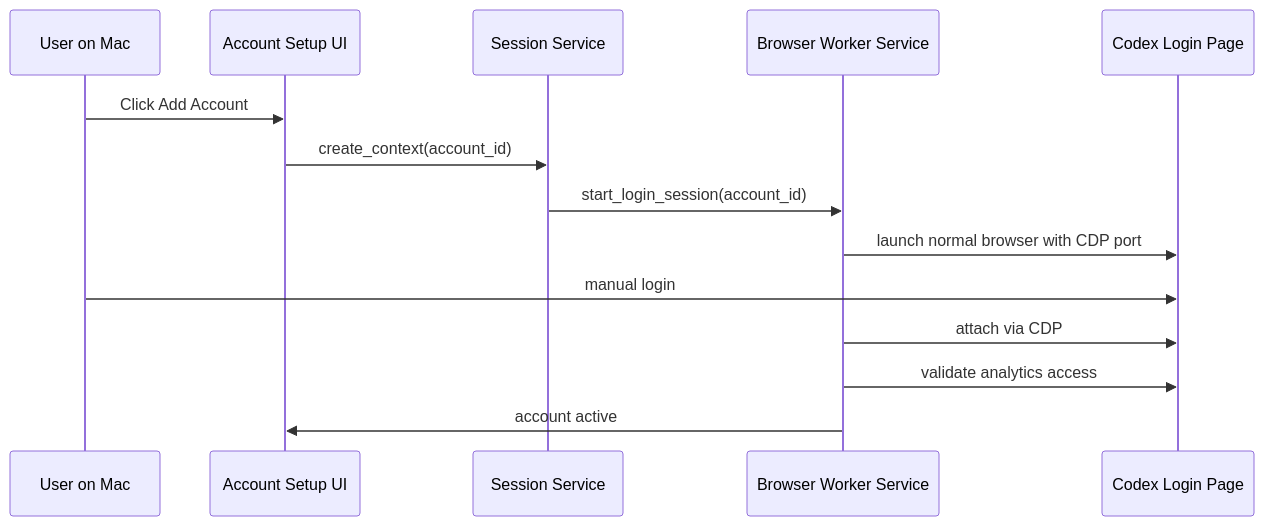
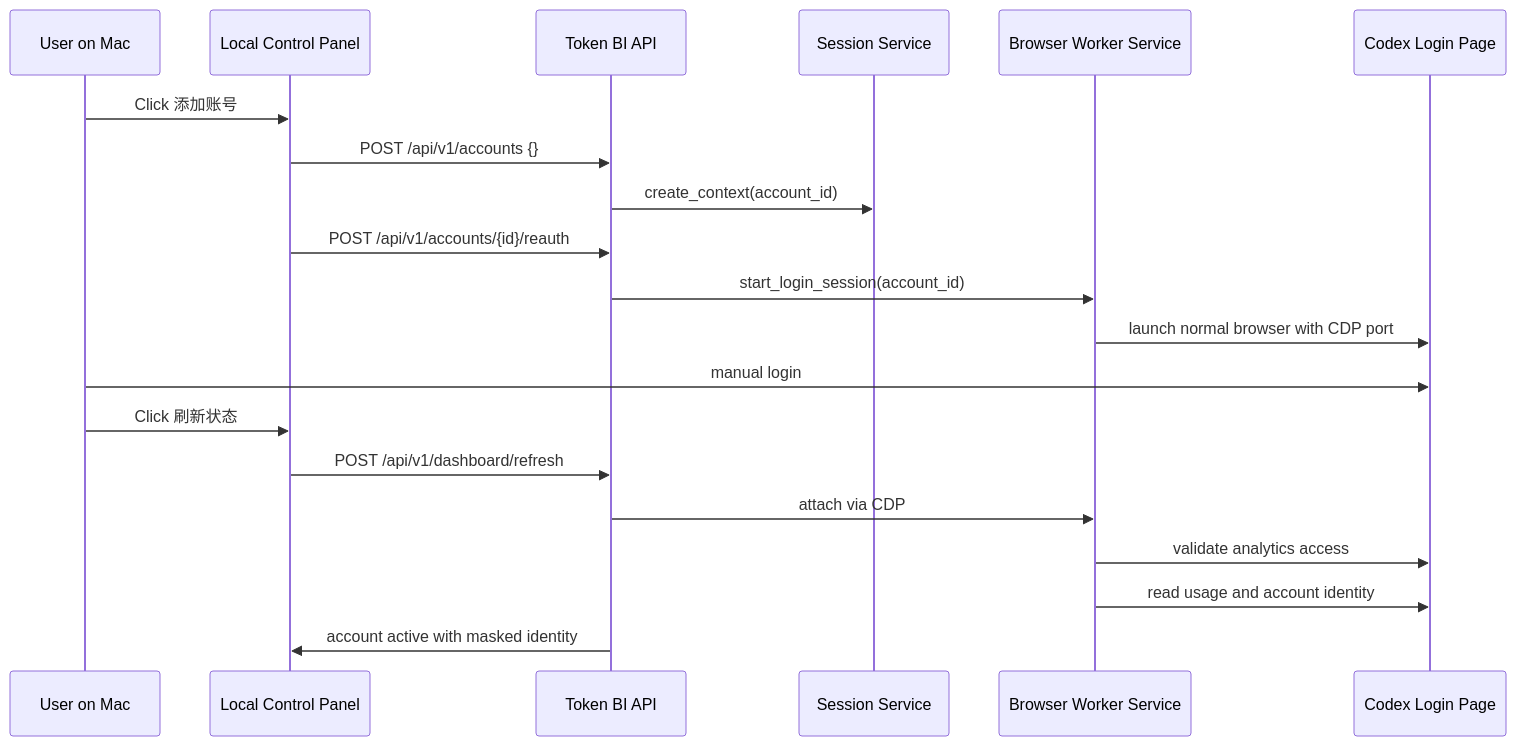
One commit to gbs00/Token_BI changed the second of 3 diagrams in TECH_ARCHITECTURE.md. Above: the diagram before and after it, drawn with Mermaid. The commit also changed other lines of this file and 24 other files, not shown here.

Commit message:
Add local control panel and resilient account onboarding

````diff
--- a/TECH_ARCHITECTURE.md
+++ b/TECH_ARCHITECTURE.md
@@ -369,17 +414,23 @@
 ```mermaid
 sequenceDiagram
     participant User as User on Mac
-    participant UI as Account Setup UI
+    participant UI as Local Control Panel
+    participant API as Token BI API
     participant Session as Session Service
     participant Worker as Browser Worker Service
     participant Codex as Codex Login Page
 
-    User->>UI: Click Add Account
-    UI->>Session: create_context(account_id)
-    Session->>Worker: start_login_session(account_id)
+    User->>UI: Click 添加账号
+    UI->>API: POST /api/v1/accounts {}
+    API->>Session: create_context(account_id)
+    UI->>API: POST /api/v1/accounts/{id}/reauth
+    API->>Worker: start_login_session(account_id)
     Worker->>Codex: launch normal browser with CDP port
     User->>Codex: manual login
-    Worker->>Codex: attach via CDP
+    User->>UI: Click 刷新状态
+    UI->>API: POST /api/v1/dashboard/refresh
+    API->>Worker: attach via CDP
     Worker->>Codex: validate analytics access
-    Worker->>UI: account active
+    Worker->>Codex: read usage and account identity
+    API->>UI: account active with masked identity
 ```
````
